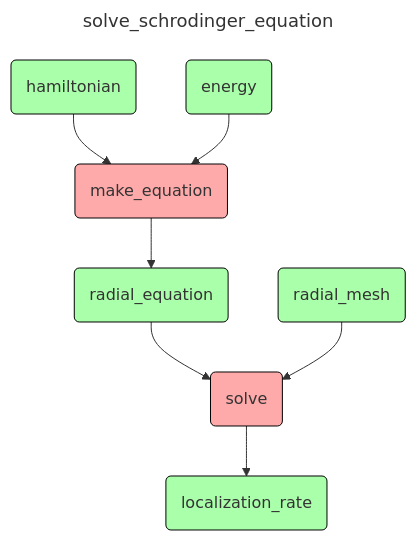
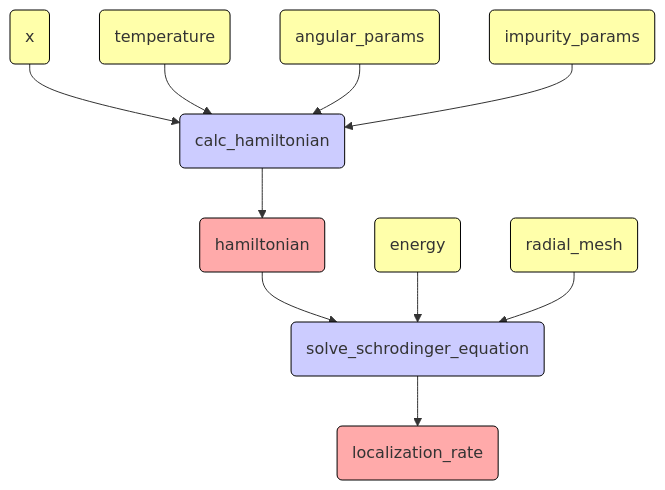
Before and after one commit to MaksimZh/hw: the fifth of 8 diagrams in 04_design_vision/design_vision.md, drawn with Mermaid. The commit also changed other lines of this file, not shown here.

````diff
--- a/04_design_vision/design_vision.md
+++ b/04_design_vision/design_vision.md
@@ -125,17 +150,20 @@
 ```mermaid
----
-title: solve_schrodinger_equation
----
 graph TD
-    h(hamiltonian) --> meq(make_equation)
-    en(energy) --> meq
-    meq --> eq(radial_equation)
-    eq --> solve(solve)
+    x(x) --> ch(calc_hamiltonian)
+    t(temperature) --> ch
+    ang(angular_params) --> ch
+    imp(impurity_params) --> ch
+    ch --> h(hamiltonian)
+    h --> solve(solve_schrodinger_equation)
+    en(energy) --> solve
     rad(radial_mesh) --> solve
     solve --> lr(localization_rate)
 
-    classDef data fill:#afa, stroke:#000
-    classDef proc fill:#faa, stroke:#000
-    class h,en,eq,rad,wf,lr data
-    class mm,cbrh,crh,meq,solve proc
+    classDef value fill:#afa, stroke:#000
+    classDef new_value fill:#ffa, stroke:#000
+    classDef invalid_value fill:#faa, stroke:#000
+    classDef proc fill:#ccf, stroke:#000
+    class x,t,imp,ang,h,en,rad new_value
+    class h,lr invalid_value
+    class ch,solve proc
 ```
````
